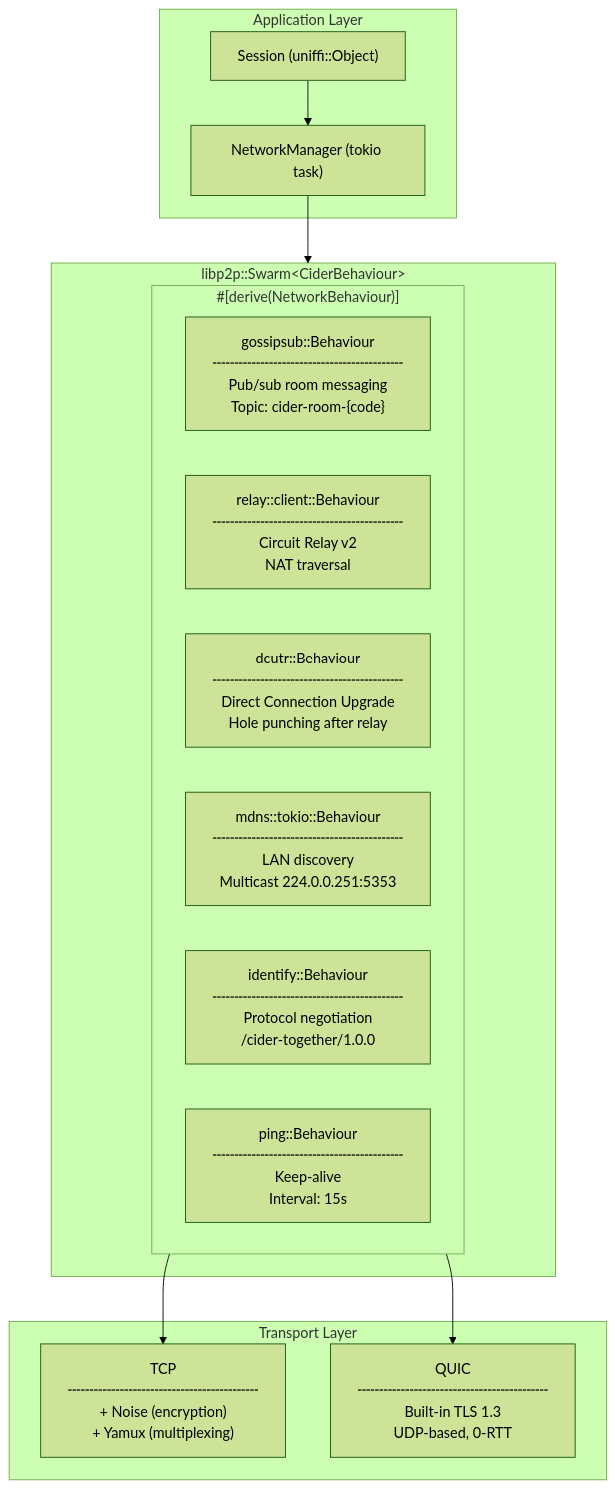
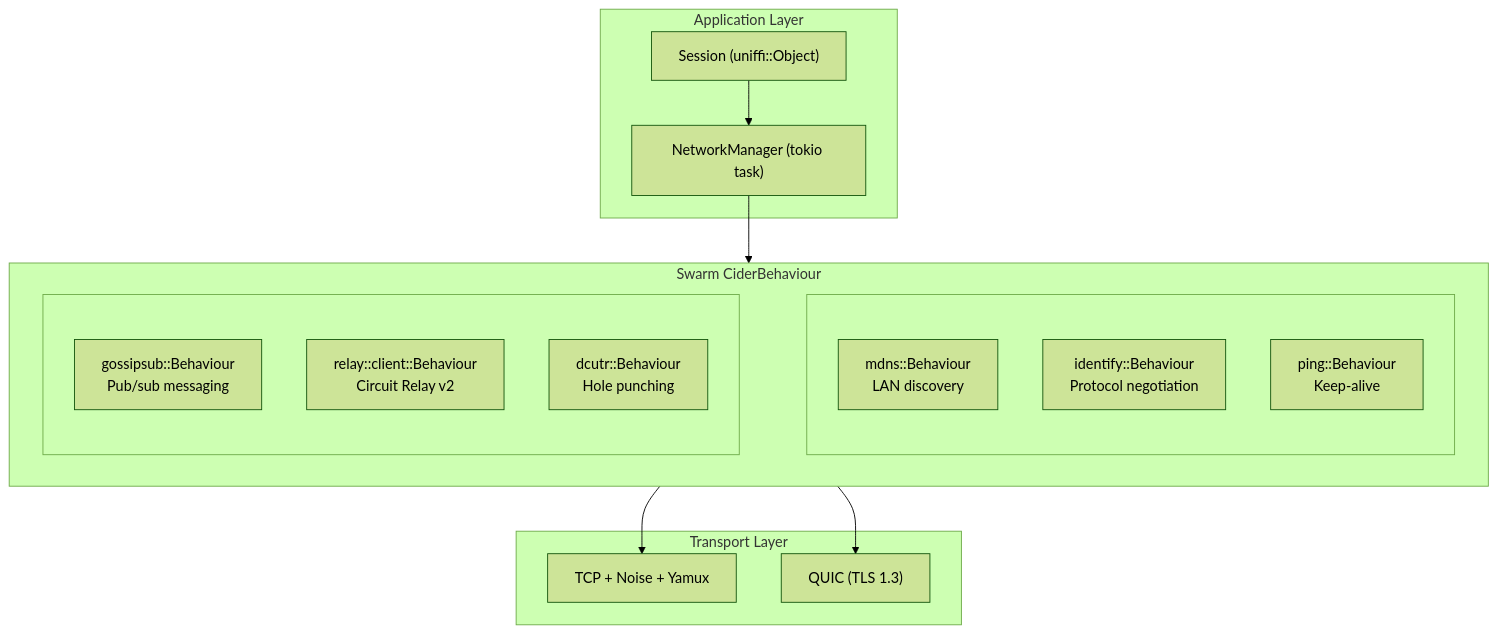
Before and after one commit to giorgiobrullo/cider-listen-together: the diagram in docs/diagrams/libp2p-stack.mmd, drawn with Mermaid (forest theme). The commit also changed 7 other files, not shown here.

Commit message:
docs: update diagram backgrounds from transparent to white

```diff
--- a/docs/diagrams/libp2p-stack.mmd
+++ b/docs/diagrams/libp2p-stack.mmd
@@ -1,25 +1,28 @@
 flowchart TB
     subgraph Application["Application Layer"]
         session["Session (uniffi::Object)"]
         network["NetworkManager (tokio task)"]
     end
 
-    subgraph Swarm["libp2p::Swarm&lt;CiderBehaviour&gt;"]
-        subgraph Behaviours["#[derive(NetworkBehaviour)]"]
-            gossipsub["gossipsub::Behaviour<br/>╌╌╌╌╌╌╌╌╌╌╌╌╌╌╌╌╌╌╌╌╌╌<br/>Pub/sub room messaging<br/>Topic: cider-room-{code}"]
-            relay["relay::client::Behaviour<br/>╌╌╌╌╌╌╌╌╌╌╌╌╌╌╌╌╌╌╌╌╌╌<br/>Circuit Relay v2<br/>NAT traversal"]
-            dcutr["dcutr::Behaviour<br/>╌╌╌╌╌╌╌╌╌╌╌╌╌╌╌╌╌╌╌╌╌╌<br/>Direct Connection Upgrade<br/>Hole punching after relay"]
-            mdns["mdns::tokio::Behaviour<br/>╌╌╌╌╌╌╌╌╌╌╌╌╌╌╌╌╌╌╌╌╌╌<br/>LAN discovery<br/>Multicast 224.0.0.251:5353"]
-            identify["identify::Behaviour<br/>╌╌╌╌╌╌╌╌╌╌╌╌╌╌╌╌╌╌╌╌╌╌<br/>Protocol negotiation<br/>/cider-together/1.0.0"]
-            ping["ping::Behaviour<br/>╌╌╌╌╌╌╌╌╌╌╌╌╌╌╌╌╌╌╌╌╌╌<br/>Keep-alive<br/>Interval: 15s"]
+    subgraph Swarm["Swarm CiderBehaviour"]
+        subgraph row1[" "]
+            gossipsub["gossipsub::Behaviour<br/>Pub/sub messaging"]
+            relay["relay::client::Behaviour<br/>Circuit Relay v2"]
+            dcutr["dcutr::Behaviour<br/>Hole punching"]
+        end
+        subgraph row2[" "]
+            mdns["mdns::Behaviour<br/>LAN discovery"]
+            identify["identify::Behaviour<br/>Protocol negotiation"]
+            ping["ping::Behaviour<br/>Keep-alive"]
         end
     end
 
     subgraph Transport["Transport Layer"]
-        tcp["TCP<br/>╌╌╌╌╌╌╌╌╌╌╌╌╌╌╌╌╌╌╌╌╌╌<br/>+ Noise (encryption)<br/>+ Yamux (multiplexing)"]
-        quic["QUIC<br/>╌╌╌╌╌╌╌╌╌╌╌╌╌╌╌╌╌╌╌╌╌╌<br/>Built-in TLS 1.3<br/>UDP-based, 0-RTT"]
+        tcp["TCP + Noise + Yamux"]
+        quic["QUIC (TLS 1.3)"]
     end
 
     session --> network
     network --> Swarm
-    Behaviours --> tcp & quic
+    row1 ~~~ row2
+    Swarm --> tcp & quic
```
